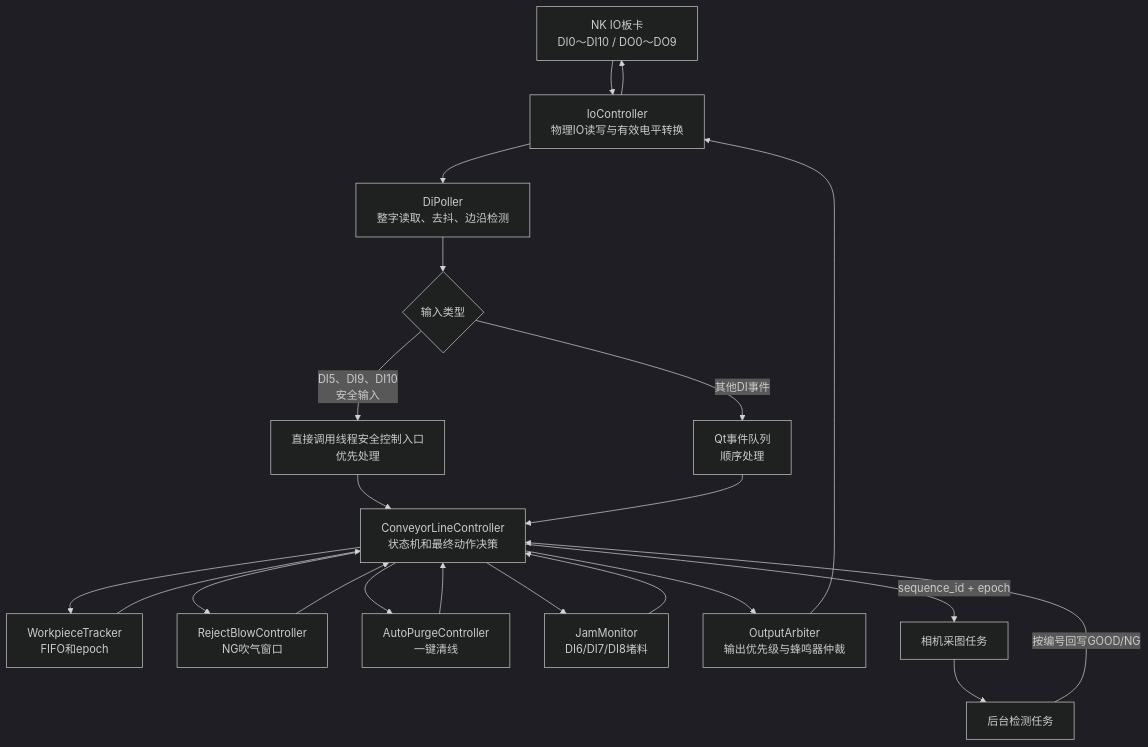
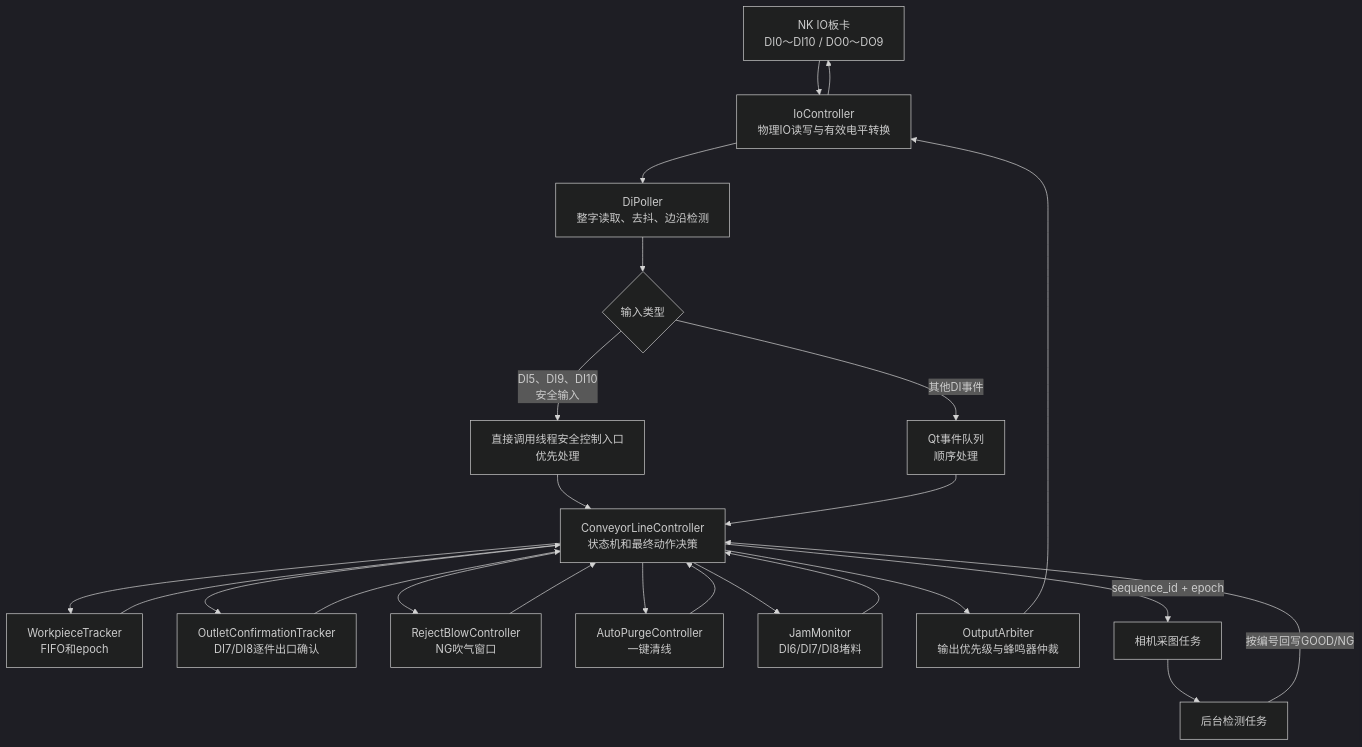
One commit to wulili200709/EmbeddingTest changed the first of 12 diagrams in 皮带线IO控制架构与代码流程说明.md. Above: the diagram before and after it, drawn with Mermaid (dark theme). The commit also changed other lines of this file and 8 other files, not shown here.

````diff
--- a/皮带线IO控制架构与代码流程说明.md
+++ b/皮带线IO控制架构与代码流程说明.md
@@ -33,30 +35,32 @@
 ```mermaid
 flowchart TD
     A["NK IO板卡<br/>DI0～DI10 / DO0～DO9"] --> B["IoController<br/>物理IO读写与有效电平转换"]
     B --> C["DiPoller<br/>整字读取、去抖、边沿检测"]
     C --> D{"输入类型"}
 
     D -->|"DI5、DI9、DI10<br/>安全输入"| E["直接调用线程安全控制入口<br/>优先处理"]
     D -->|"其他DI事件"| F["Qt事件队列<br/>顺序处理"]
 
     E --> G["ConveyorLineController<br/>状态机和最终动作决策"]
     F --> G
 
     G --> H["WorkpieceTracker<br/>FIFO和epoch"]
+    G --> O["OutletConfirmationTracker<br/>DI7/DI8逐件出口确认"]
     G --> I["RejectBlowController<br/>NG吹气窗口"]
     G --> J["AutoPurgeController<br/>一键清线"]
     G --> K["JamMonitor<br/>DI6/DI7/DI8堵料"]
 
     H --> G
+    O --> G
     I --> G
     J --> G
     K --> G
 
     G --> L["OutputArbiter<br/>输出优先级与蜂鸣器仲裁"]
     L --> B
     B --> A
 
     M["相机采图任务"] --> N["后台检测任务"]
     G -->|"sequence_id + epoch"| M
     N -->|"按编号回写GOOD/NG"| G
 ```
````
